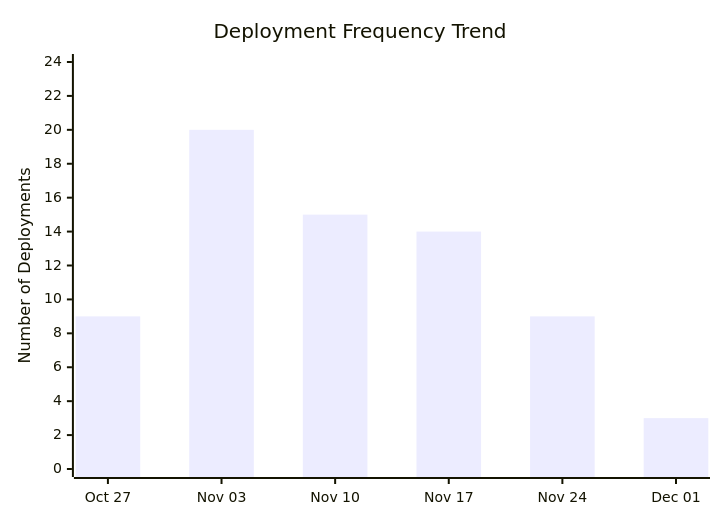
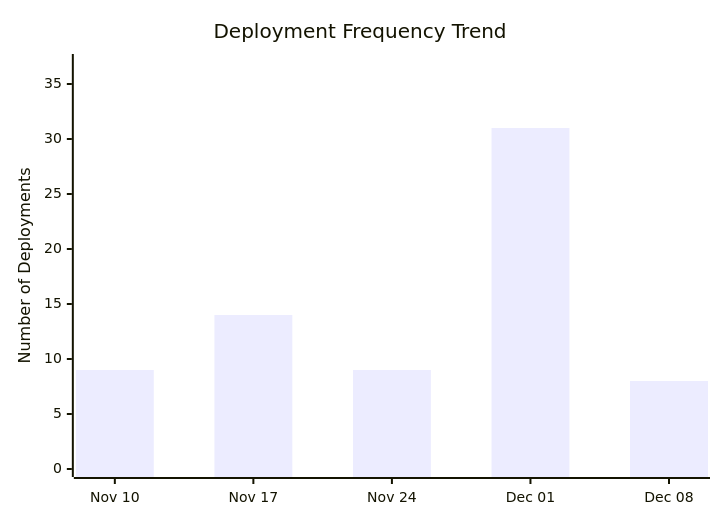
One commit to ukma-cs-ssdm-2025/rate-ukma changed the third of 4 diagrams in docs/ci-cd/dora-summary.md. Above: the diagram before and after it, drawn with Mermaid. The commit also changed other lines of this file, not shown here.

````diff
--- a/docs/ci-cd/dora-summary.md
+++ b/docs/ci-cd/dora-summary.md
@@ -49,7 +49,7 @@
 ```mermaid
 xychart-beta
     title "Deployment Frequency Trend"
-    x-axis ["Oct 27", "Nov 03", "Nov 10", "Nov 17", "Nov 24", "Dec 01"]
-    y-axis "Number of Deployments" 0 --> 24
-    bar [9.00, 20.00, 15.00, 14.00, 9.00, 3.00]
+    x-axis ["Nov 10", "Nov 17", "Nov 24", "Dec 01", "Dec 08"]
+    y-axis "Number of Deployments" 0 --> 37
+    bar [9.00, 14.00, 9.00, 31.00, 8.00]
 ```
````
